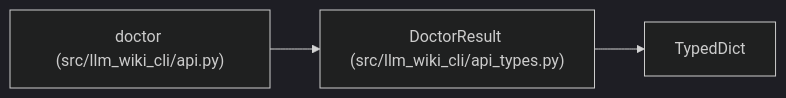
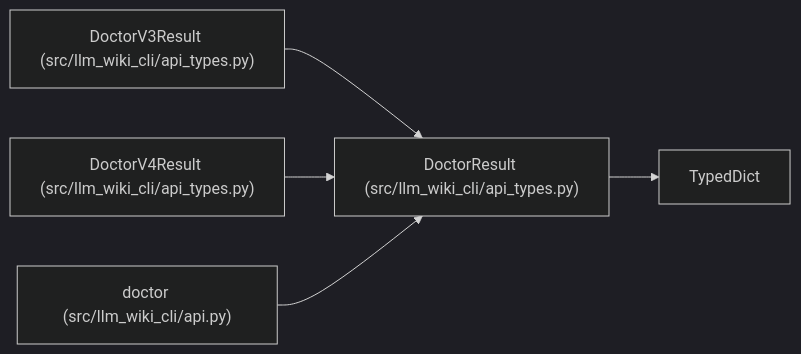
One commit to Denissvgn/python-wiki-llm changed the diagram in docs/llm_wiki/entities/DoctorResult.md. Above: the diagram before and after it, drawn with Mermaid (dark theme). The commit also changed other lines of this file and 727 other files, not shown here.

````diff
--- a/docs/llm_wiki/entities/DoctorResult.md
+++ b/docs/llm_wiki/entities/DoctorResult.md
@@ -38,10 +38,16 @@
 ```mermaid
 flowchart LR
     n0["DoctorResult (src/llm_wiki_cli/api_types.py)"]
     n1["TypedDict"]
-    n2["doctor (src/llm_wiki_cli/api.py)"]
+    n2["DoctorV3Result (src/llm_wiki_cli/api_types.py)"]
+    n3["DoctorV4Result (src/llm_wiki_cli/api_types.py)"]
+    n4["doctor (src/llm_wiki_cli/api.py)"]
     n0 --> n1
     n2 --> n0
+    n3 --> n0
+    n4 --> n0
     click n0 "../modules/api_types.md"
-    click n2 "../modules/api.md"
+    click n2 "../modules/api_types.md"
+    click n3 "../modules/api_types.md"
+    click n4 "../modules/api.md"
 ```
````
